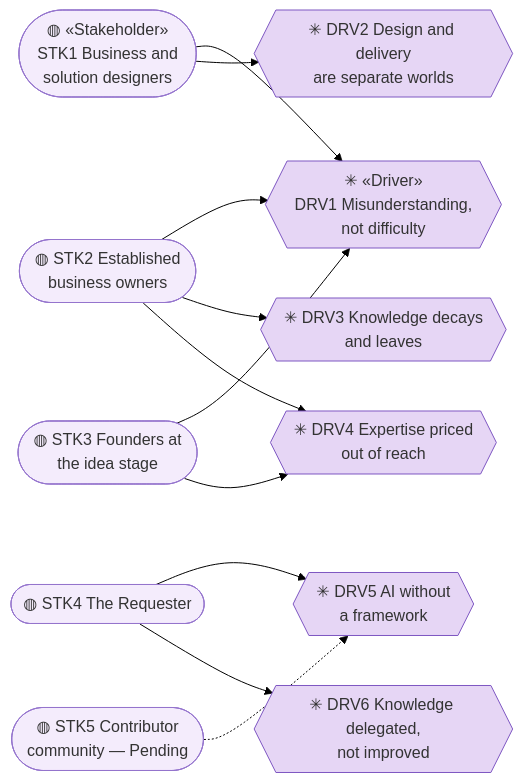
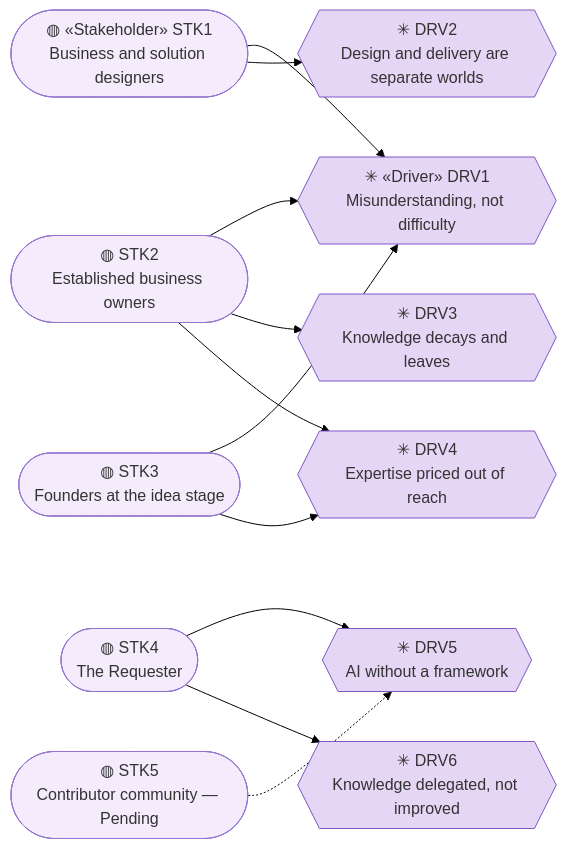
One commit to roanboc/architecture-archreator changed the second of 7 diagrams in organization/docs/ea/1_strategy/1_motivation.md. Above: the diagram before and after it, drawn with Mermaid (forest theme). The commit also changed other lines of this file and 6 other files, not shown here.

````diff
--- a/organization/docs/ea/1_strategy/1_motivation.md
+++ b/organization/docs/ea/1_strategy/1_motivation.md
@@ -80,29 +80,29 @@
 ```mermaid
 flowchart LR
-  stk1(["◍ «Stakeholder»<br>STK1 Business and<br>solution designers"]):::stakeholder
-  stk2(["◍ STK2 Established<br>business owners"]):::stakeholder
-  stk3(["◍ STK3 Founders at<br>the idea stage"]):::stakeholder
-  stk4(["◍ STK4 The Requester"]):::stakeholder
-  stk5(["◍ STK5 Contributor<br>community — Pending"]):::stakeholder
+  stk1(["◍ «Stakeholder» STK1<br>Business and solution designers"]):::stakeholder
+  stk2(["◍ STK2<br>Established business owners"]):::stakeholder
+  stk3(["◍ STK3<br>Founders at the idea stage"]):::stakeholder
+  stk4(["◍ STK4<br>The Requester"]):::stakeholder
+  stk5(["◍ STK5<br>Contributor community — Pending"]):::stakeholder
 
-  drv1{{"✳ «Driver»<br>DRV1 Misunderstanding,<br>not difficulty"}}:::driver
-  drv2{{"✳ DRV2 Design and delivery<br>are separate worlds"}}:::driver
-  drv3{{"✳ DRV3 Knowledge decays<br>and leaves"}}:::driver
-  drv4{{"✳ DRV4 Expertise priced<br>out of reach"}}:::driver
-  drv5{{"✳ DRV5 AI without<br>a framework"}}:::driver
-  drv6{{"✳ DRV6 Knowledge delegated,<br>not improved"}}:::driver
+  drv1{{"✳ «Driver» DRV1<br>Misunderstanding, not difficulty"}}:::driver
+  drv2{{"✳ DRV2<br>Design and delivery are separate worlds"}}:::driver
+  drv3{{"✳ DRV3<br>Knowledge decays and leaves"}}:::driver
+  drv4{{"✳ DRV4<br>Expertise priced out of reach"}}:::driver
+  drv5{{"✳ DRV5<br>AI without a framework"}}:::driver
+  drv6{{"✳ DRV6<br>Knowledge delegated, not improved"}}:::driver
 
   stk1 --> drv1
   stk1 --> drv2
   stk2 --> drv1
   stk2 --> drv3
   stk2 --> drv4
   stk3 --> drv1
   stk3 --> drv4
   stk4 --> drv5
   stk4 --> drv6
   stk5 -.-> drv5
 
   classDef stakeholder fill:#f4ecfc,stroke:#9575cd,color:#333
   classDef driver fill:#e6d6f5,stroke:#7e57c2,color:#333
 ```
````
